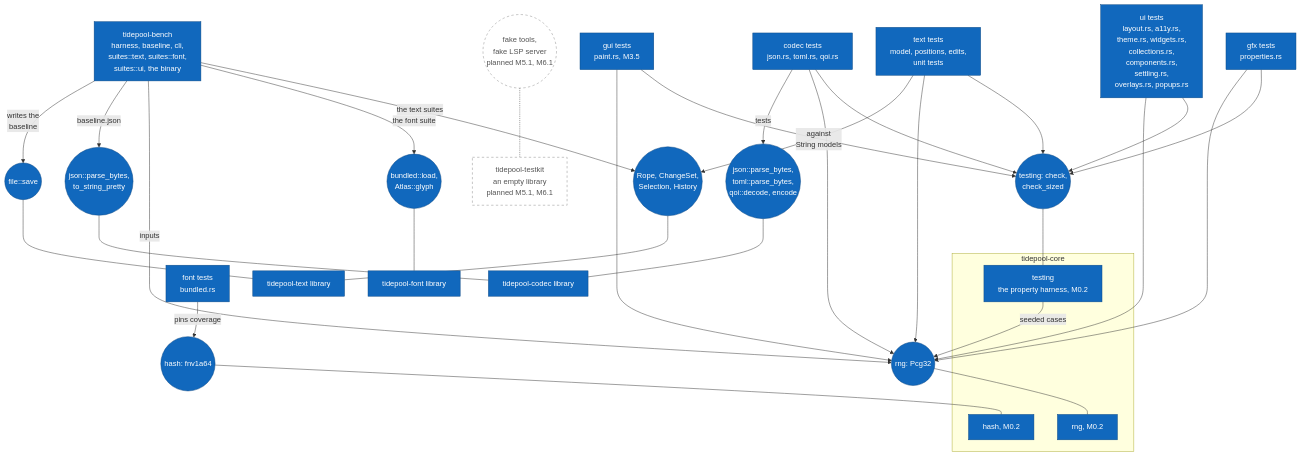
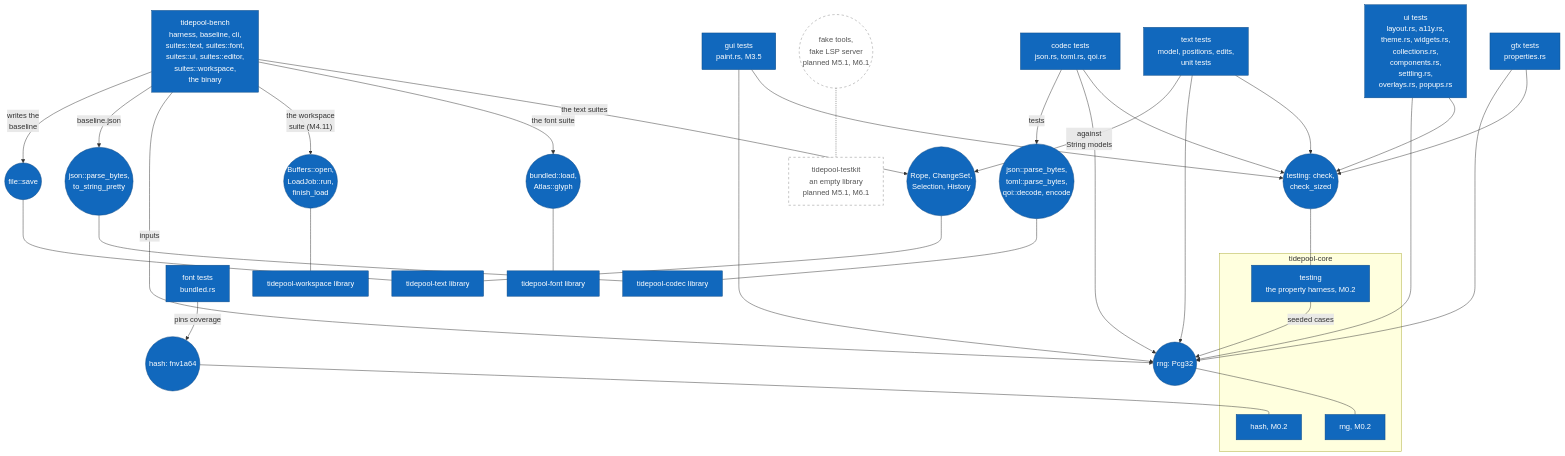
Diagram 21 of 21 in diagrams/component-diagrams.md (jabbott-iii/Tidepool), drawn with Mermaid before and after one commit. The commit also changed other lines of this file and 50 other files, not shown here.

First line of the commit message:
feat(workspace,text): buffers, file tree and sessions (M4.11, ADR-0069)

````diff
--- a/diagrams/component-diagrams.md
+++ b/diagrams/component-diagrams.md
@@ -1366,67 +1387,71 @@
 ```mermaid
 flowchart TB
     c_ctests["codec tests<br/>json.rs, toml.rs, qoi.rs"]
     c_ttests["text tests<br/>model, positions, edits,<br/>unit tests"]
     c_gtests["gfx tests<br/>properties.rs"]
     c_ftests["font tests<br/>bundled.rs"]
     c_utests["ui tests<br/>layout.rs, a11y.rs,<br/>theme.rs, widgets.rs,<br/>collections.rs,<br/>components.rs,<br/>settling.rs,<br/>overlays.rs, popups.rs"]
     c_guitests["gui tests<br/>paint.rs, M3.5"]
-    c_bench["tidepool-bench<br/>harness, baseline, cli,<br/>suites::text, suites::font,<br/>suites::ui, the binary"]
+    c_bench["tidepool-bench<br/>harness, baseline, cli,<br/>suites::text, suites::font,<br/>suites::ui, suites::editor,<br/>suites::workspace,<br/>the binary"]
 
     i_check(("testing: check,<br/>check_sized"))
     i_pcg(("rng: Pcg32"))
     i_cparse(("json::parse_bytes,<br/>toml::parse_bytes,<br/>qoi::decode, encode"))
     i_tall(("Rope, ChangeSet,<br/>Selection, History"))
     i_bjson(("json::parse_bytes,<br/>to_string_pretty"))
     i_save(("file::save"))
     i_sha(("hash: fnv1a64"))
     i_fill(("bundled::load,<br/>Atlas::glyph"))
+    i_open(("Buffers::open,<br/>LoadJob::run,<br/>finish_load"))
 
     subgraph sg_core["tidepool-core"]
         c_testing["testing<br/>the property harness, M0.2"]
         c_rng["rng, M0.2"]
         c_hash["hash, M0.2"]
     end
     c_codec["tidepool-codec library"]
     c_text["tidepool-text library"]
     c_font6["tidepool-font library"]
+    c_ws6["tidepool-workspace library"]
 
     c_testkit["tidepool-testkit<br/>an empty library<br/>planned M5.1, M6.1"]
     i_fakes(("fake tools,<br/>fake LSP server<br/>planned M5.1, M6.1"))
 
     c_ctests --> i_check
     c_ctests --> i_pcg
     c_ctests -->|"tests"| i_cparse
     c_ttests --> i_check
     c_ttests --> i_pcg
     c_ttests -->|"against<br/>String models"| i_tall
     c_gtests --> i_check
     c_gtests --> i_pcg
     c_ftests -->|"pins coverage"| i_sha
     c_utests --> i_check
     c_utests --> i_pcg
     c_guitests --> i_check
     c_guitests --> i_pcg
     c_bench -->|"the text suites"| i_tall
     c_bench -->|"the font suite"| i_fill
+    c_bench -->|"the workspace<br/>suite (M4.11)"| i_open
     c_bench -->|"inputs"| i_pcg
     c_bench -->|"baseline.json"| i_bjson
     c_bench -->|"writes the<br/>baseline"| i_save
 
     i_check --- c_testing
     c_testing -->|"seeded cases"| i_pcg
     i_pcg --- c_rng
     i_sha --- c_hash
     i_cparse --- c_codec
     i_bjson --- c_codec
     i_tall --- c_text
     i_save --- c_text
     i_fill --- c_font6
+    i_open --- c_ws6
     i_fakes -.- c_testkit
 
     classDef built fill:#1168bd,stroke:#0b4884,color:#ffffff
     classDef planned fill:#ffffff,stroke:#888888,stroke-dasharray: 5 5,color:#555555
-    class c_ctests,c_ttests,c_gtests,c_ftests,c_utests,c_guitests,c_bench,c_testing,c_rng,c_hash,c_codec,c_text,c_font6 built
-    class i_check,i_pcg,i_cparse,i_tall,i_bjson,i_save,i_sha,i_fill built
+    class c_ctests,c_ttests,c_gtests,c_ftests,c_utests,c_guitests,c_bench,c_testing,c_rng,c_hash,c_codec,c_text,c_font6,c_ws6 built
+    class i_check,i_pcg,i_cparse,i_tall,i_bjson,i_save,i_sha,i_fill,i_open built
     class c_testkit,i_fakes planned
 ```
````
